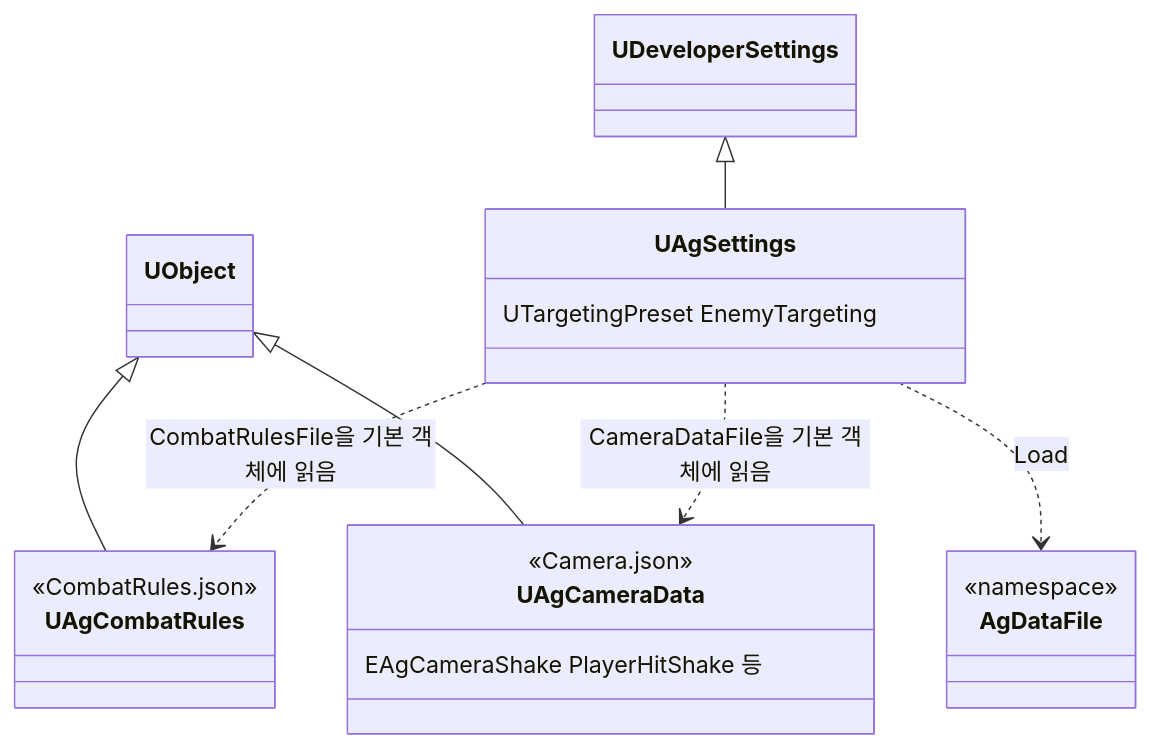
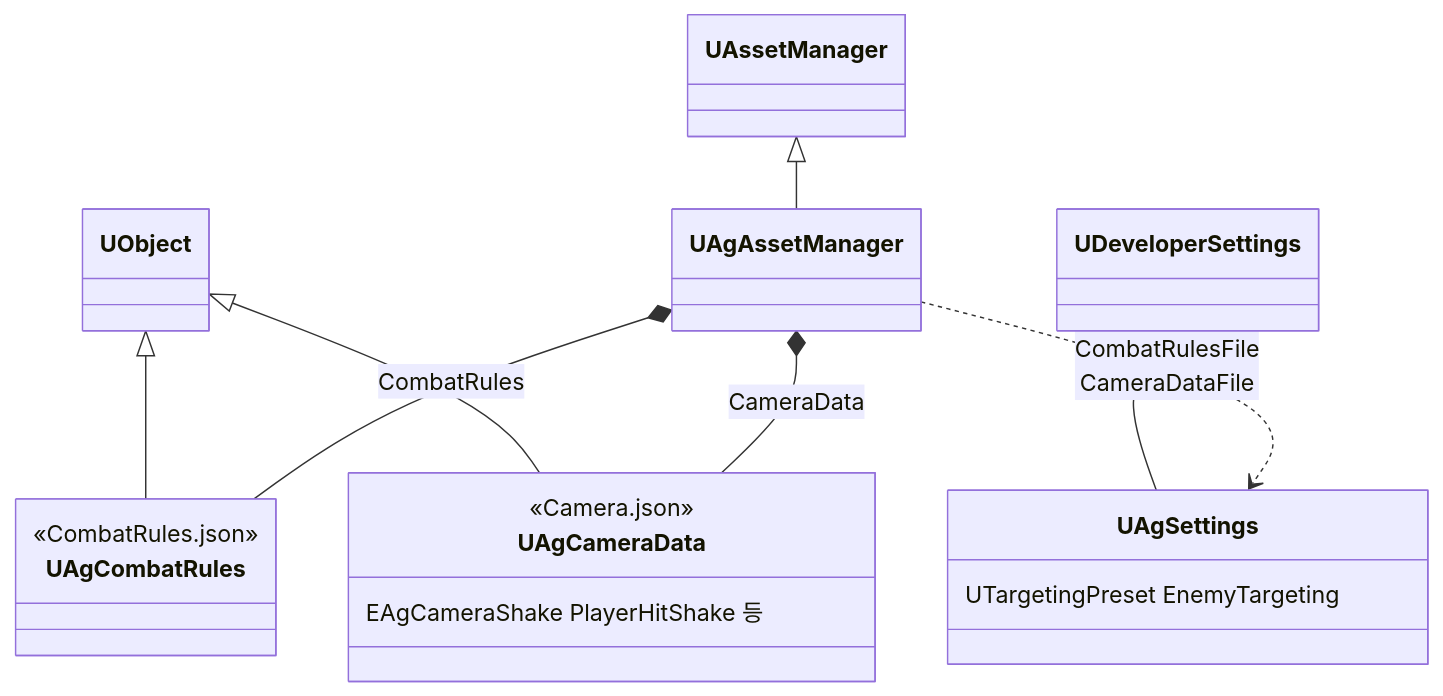
Before and after one commit to Woogl/Ag: diagram 13 of 21 in Docs/Program/클래스 구조도.md, drawn with Mermaid. The commit also changed other lines of this file and 21 other files, not shown here.

````diff
--- a/Docs/Program/클래스 구조도.md
+++ b/Docs/Program/클래스 구조도.md
@@ -560,23 +557,21 @@
 ```mermaid
 classDiagram
     direction TB
     class UAgSettings {
         UTargetingPreset EnemyTargeting
     }
     class UAgCombatRules {
         <<CombatRules.json>>
     }
     class UAgCameraData {
         <<Camera.json>>
         EAgCameraShake PlayerHitShake 등
     }
-    class AgDataFile {
-        <<namespace>>
-    }
+    UAssetManager <|-- UAgAssetManager
     UDeveloperSettings <|-- UAgSettings
     UObject <|-- UAgCombatRules
     UObject <|-- UAgCameraData
-    UAgSettings ..> UAgCombatRules : CombatRulesFile을 기본 객체에 읽음
-    UAgSettings ..> UAgCameraData : CameraDataFile을 기본 객체에 읽음
-    UAgSettings ..> AgDataFile : Load
+    UAgAssetManager *-- UAgCombatRules : CombatRules
+    UAgAssetManager *-- UAgCameraData : CameraData
+    UAgAssetManager ..> UAgSettings : CombatRulesFile<br>CameraDataFile
 ```
````
